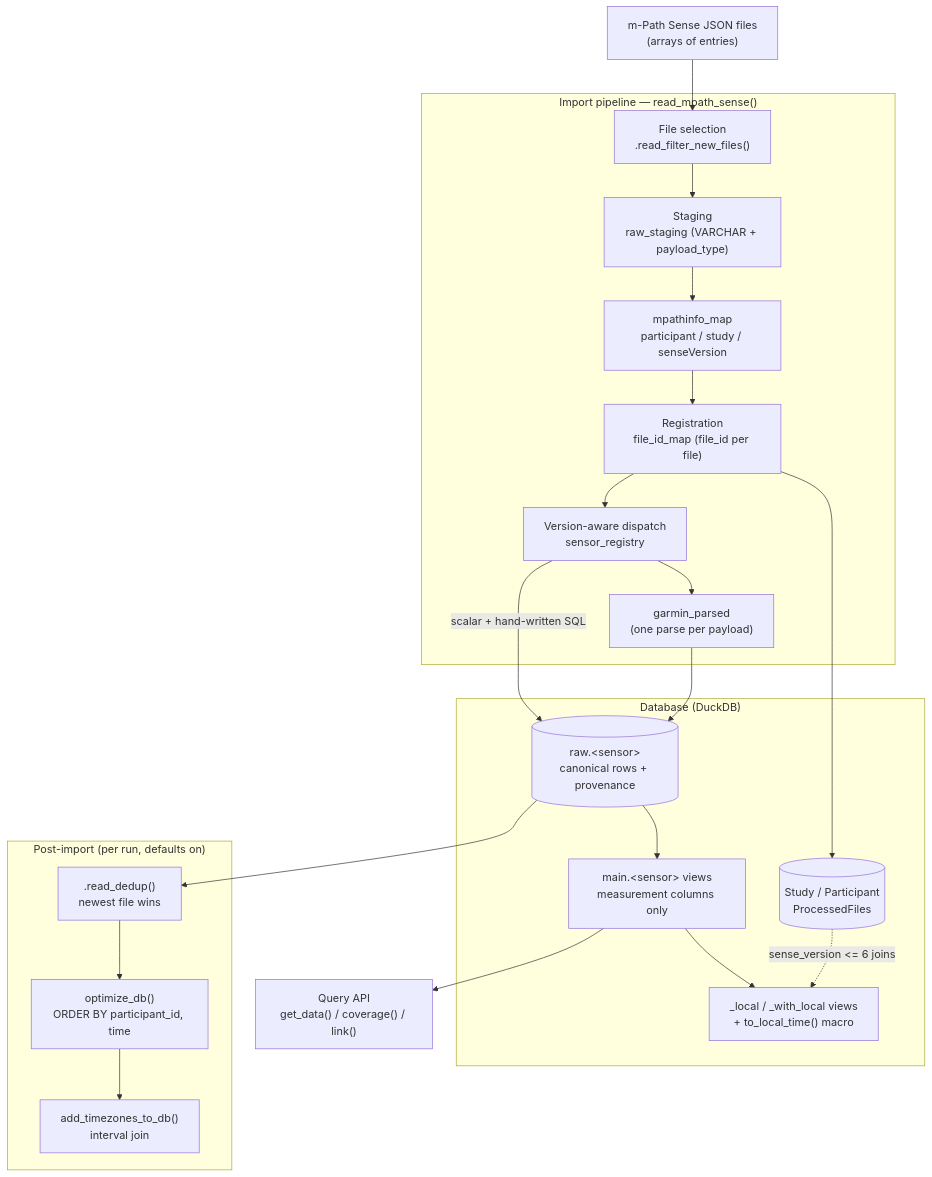
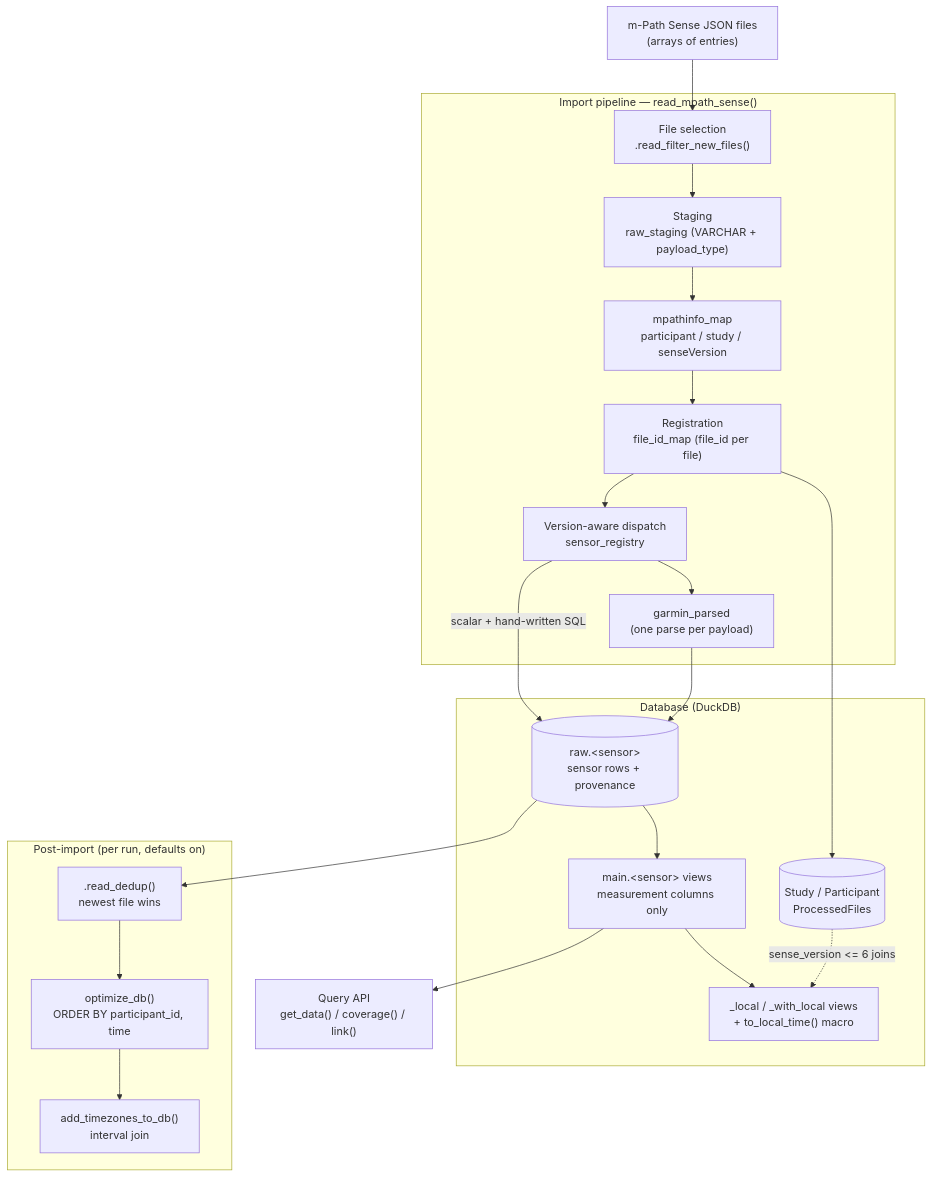
The diagram in ARCHITECTURE.md (koenniem/mpathsenser), drawn with Mermaid before and after one commit. The commit also changed other lines of this file and 20 other files, not shown here.

````diff
--- a/ARCHITECTURE.md
+++ b/ARCHITECTURE.md
@@ -45,37 +45,37 @@
 ```mermaid
 flowchart TD
     JSON["m-Path Sense JSON files<br/>(arrays of entries)"]
 
     subgraph IMPORT["Import pipeline — read_mpath_sense()"]
         SEL["File selection<br/>.read_filter_new_files()"]
         STAGE["Staging<br/>raw_staging (VARCHAR + payload_type)"]
         META["mpathinfo_map<br/>participant / study / senseVersion"]
         REG["Registration<br/>file_id_map (file_id per file)"]
         DISPATCH["Version-aware dispatch<br/>sensor_registry"]
         GARM["garmin_parsed<br/>(one parse per payload)"]
     end
 
     subgraph DB["Database (DuckDB)"]
-        RAW[("raw.&lt;sensor&gt;<br/>canonical rows + provenance")]
+        RAW[("raw.&lt;sensor&gt;<br/>sensor rows + provenance")]
         META_T[("Study / Participant<br/>ProcessedFiles")]
         VIEWS["main.&lt;sensor&gt; views<br/>measurement columns only"]
         LOCAL["_local / _with_local views<br/>+ to_local_time() macro"]
     end
 
     subgraph POST["Post-import (per run, defaults on)"]
         DEDUP[".read_dedup()<br/>newest file wins"]
         OPT["optimize_db()<br/>ORDER BY participant_id, time"]
         TZ["add_timezones_to_db()<br/>interval join"]
     end
 
     API["Query API<br/>get_data() / coverage() / link()"]
 
     JSON --> SEL --> STAGE --> META --> REG --> DISPATCH
     DISPATCH -->|"scalar + hand-written SQL"| RAW
     DISPATCH --> GARM --> RAW
     REG --> META_T
     RAW --> DEDUP --> OPT --> TZ
     RAW --> VIEWS --> API
     VIEWS --> LOCAL
     META_T -.->|"sense_version <= 6 joins"| LOCAL
 ```
````
